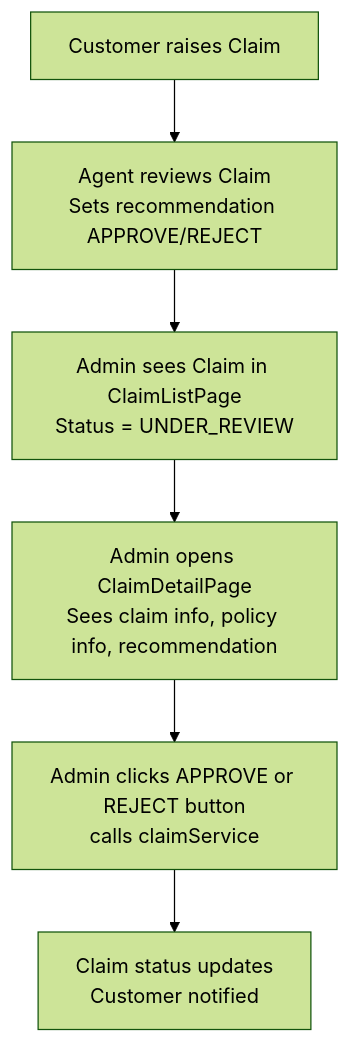
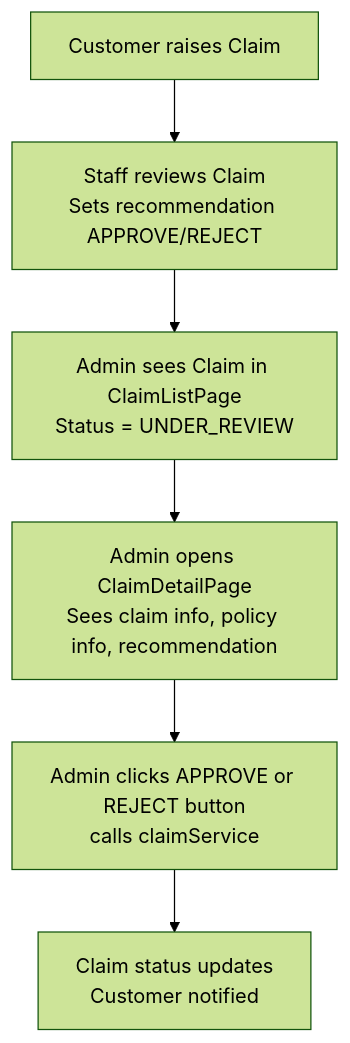
Before and after one commit to Gurry-12/insurance-policy-claim-capstone-project: the second of 2 diagrams in imp-doc/04-workflows/admin-flow.md, drawn with Mermaid (forest theme). The commit also changed other lines of this file and 32 other files, not shown here.

Commit message:
docs: add architecture, sequence, database, caching, logging, performance, security, ADR, and deployment docs; fix doc links and role naming

````diff
--- a/imp-doc/04-workflows/admin-flow.md
+++ b/imp-doc/04-workflows/admin-flow.md
@@ -129,8 +129,8 @@
 ```mermaid
 flowchart TD
-    A["Customer raises Claim"] --> B["Agent reviews Claim<br/>Sets recommendation APPROVE/REJECT"]
+    A["Customer raises Claim"] --> B["Staff reviews Claim<br/>Sets recommendation APPROVE/REJECT"]
     B --> C["Admin sees Claim in ClaimListPage<br/>Status = UNDER_REVIEW"]
     C --> D["Admin opens ClaimDetailPage<br/>Sees claim info, policy info, recommendation"]
     D --> E["Admin clicks APPROVE or REJECT button<br/>calls claimService"]
     E --> F["Claim status updates<br/>Customer notified"]
 ```
````
